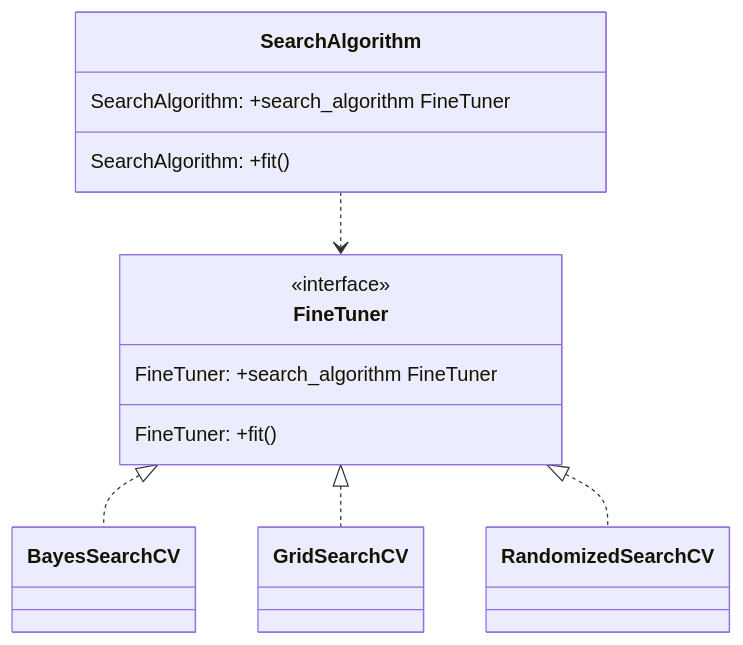
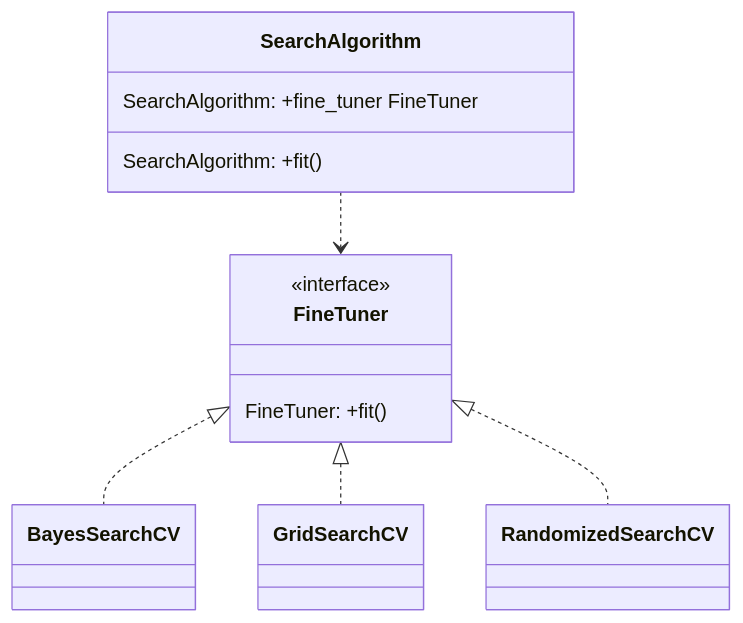
Before and after one commit to UribeAlejandro/DesignPatterns-MLFlow-for-ExperimentTracking: the third of 7 diagrams in README.md, drawn with Mermaid. The commit also changed other lines of this file, not shown here.

````diff
--- a/README.md
+++ b/README.md
@@ -95,16 +93,15 @@
 ```mermaid
 classDiagram-v2
     class SearchAlgorithm{
-        SearchAlgorithm: +search_algorithm FineTuner
+        SearchAlgorithm: +fine_tuner FineTuner
         SearchAlgorithm: +fit()
     }
     class FineTuner{
         <<interface>>
-        FineTuner: +search_algorithm FineTuner
         FineTuner: +fit()
     }
     SearchAlgorithm ..> FineTuner
     FineTuner <|.. BayesSearchCV
     FineTuner <|.. GridSearchCV
     FineTuner <|.. RandomizedSearchCV
 ```
````
